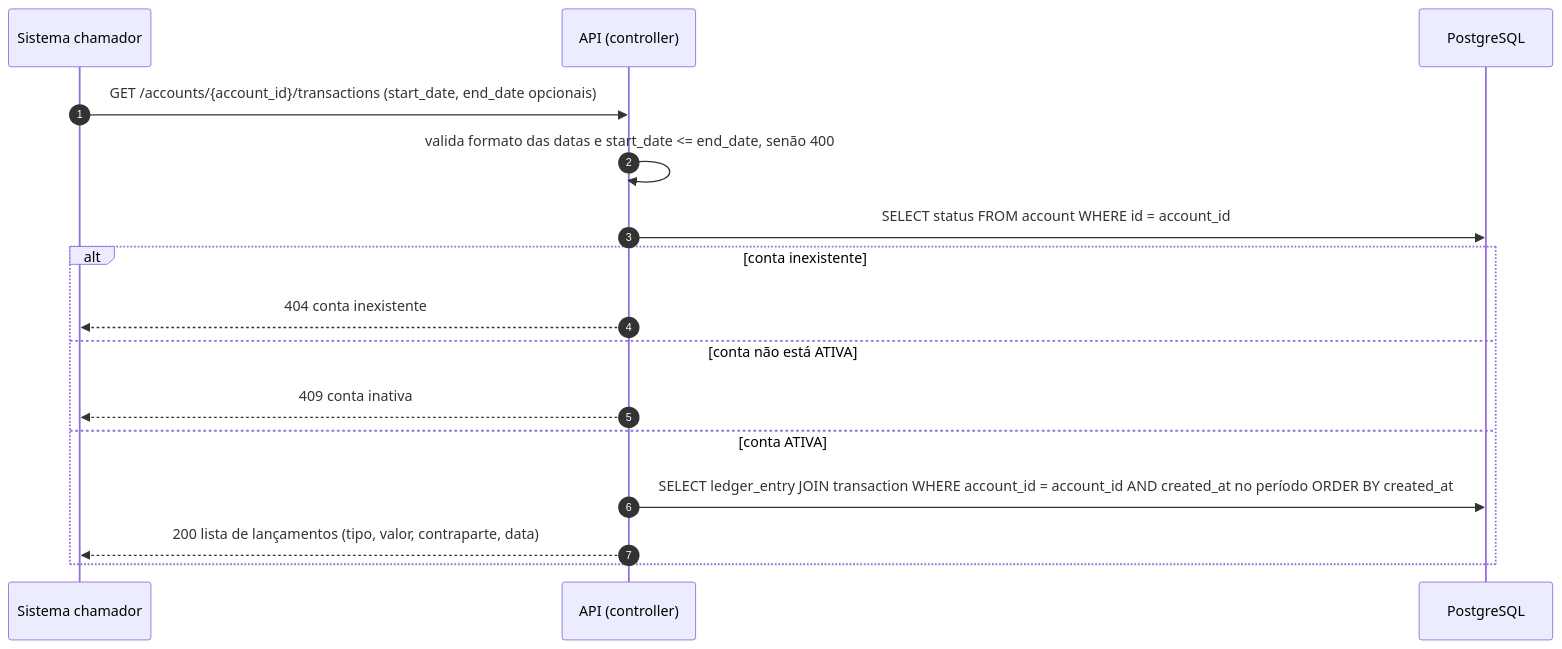
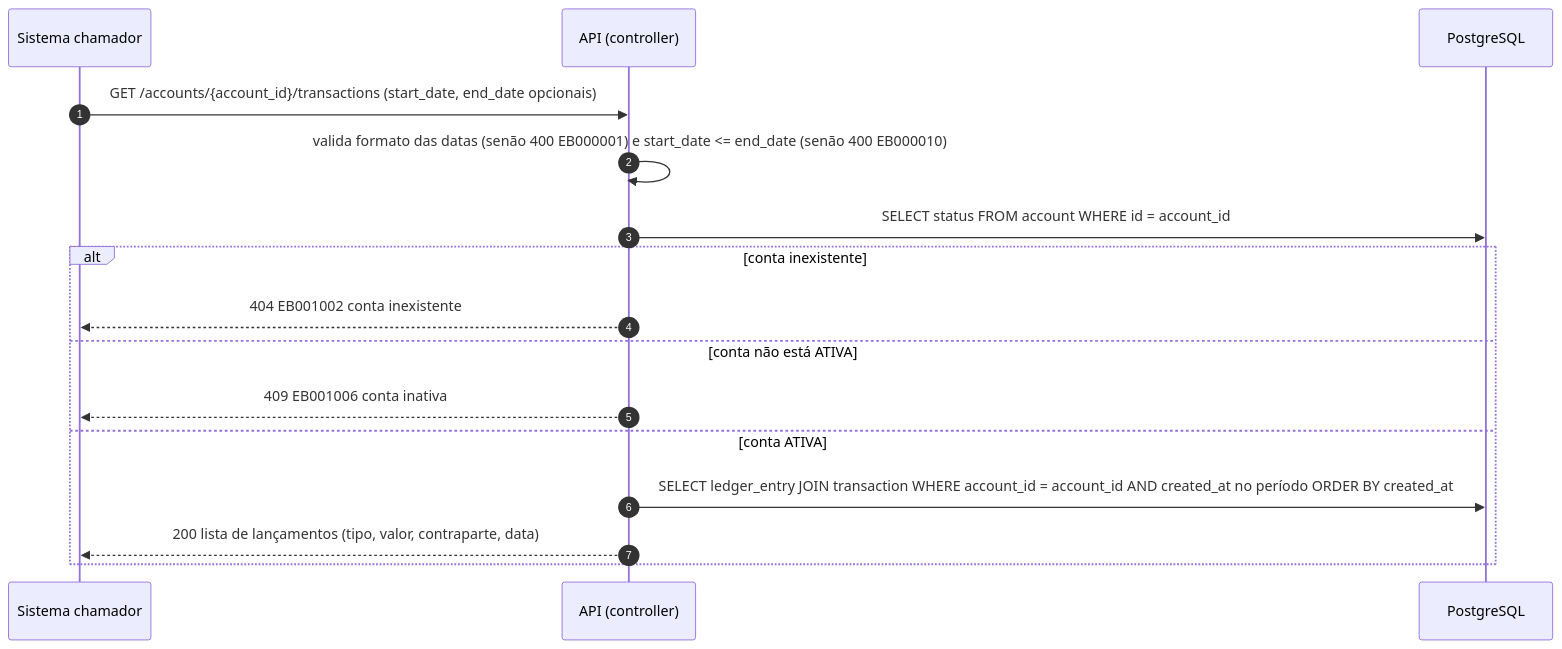
The eighth of 10 diagrams in bootcamp-rfc-modelo.md (fernandobvm/bootcamp-qi-26-bankrepo), drawn with Mermaid before and after one commit. The commit also changed other lines of this file and 1 other file, not shown here.

````diff
--- a/bootcamp-rfc-modelo.md
+++ b/bootcamp-rfc-modelo.md
@@ -331,19 +360,19 @@
 ```mermaid
 sequenceDiagram
     autonumber
     participant S as Sistema chamador
     participant API as API (controller)
     participant DB as PostgreSQL
 
     S->>API: GET /accounts/{account_id}/transactions (start_date, end_date opcionais)
-    API->>API: valida formato das datas e start_date <= end_date, senão 400
+    API->>API: valida formato das datas (senão 400 EB000001) e start_date <= end_date (senão 400 EB000010)
     API->>DB: SELECT status FROM account WHERE id = account_id
     alt conta inexistente
-        API-->>S: 404 conta inexistente
+        API-->>S: 404 EB001002 conta inexistente
     else conta não está ATIVA
-        API-->>S: 409 conta inativa
+        API-->>S: 409 EB001006 conta inativa
     else conta ATIVA
         API->>DB: SELECT ledger_entry JOIN transaction WHERE account_id = account_id AND created_at no período ORDER BY created_at
         API-->>S: 200 lista de lançamentos (tipo, valor, contraparte, data)
     end
 ```
````
